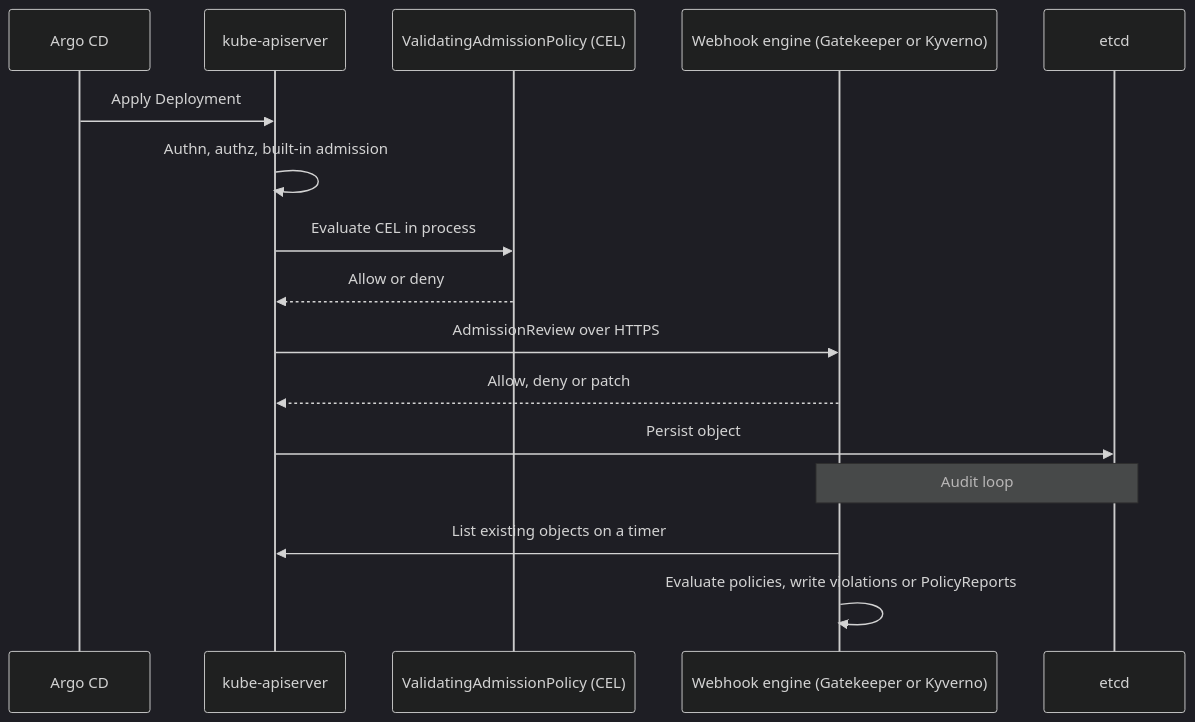
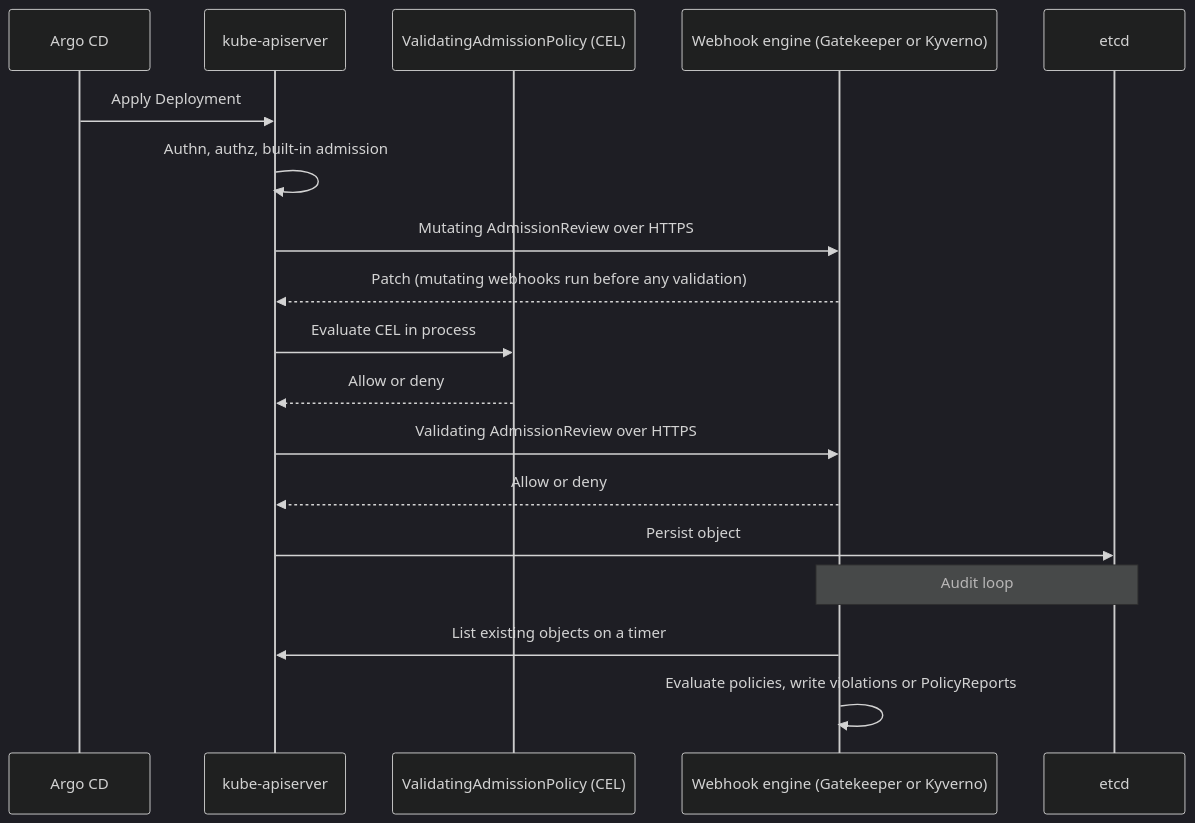
One commit to greenblacked/Notes changed the diagram in content/tools/gatekeeper-vs-kyverno.md. Above: the diagram before and after it, drawn with Mermaid (dark theme). The commit also changed other lines of this file and 48 other files, not shown here.

````diff
--- a/content/tools/gatekeeper-vs-kyverno.md
+++ b/content/tools/gatekeeper-vs-kyverno.md
@@ -44,19 +44,21 @@
 ```mermaid
 sequenceDiagram
   participant Argo as Argo CD
   participant API as kube-apiserver
   participant VAP as ValidatingAdmissionPolicy (CEL)
   participant WH as Webhook engine (Gatekeeper or Kyverno)
   participant Store as etcd
 
   Argo->>API: Apply Deployment
   API->>API: Authn, authz, built-in admission
+  API->>WH: Mutating AdmissionReview over HTTPS
+  WH-->>API: Patch (mutating webhooks run before any validation)
   API->>VAP: Evaluate CEL in process
   VAP-->>API: Allow or deny
-  API->>WH: AdmissionReview over HTTPS
-  WH-->>API: Allow, deny or patch
+  API->>WH: Validating AdmissionReview over HTTPS
+  WH-->>API: Allow or deny
   API->>Store: Persist object
   Note over WH,Store: Audit loop
   WH->>API: List existing objects on a timer
   WH->>WH: Evaluate policies, write violations or PolicyReports
 ```
````
